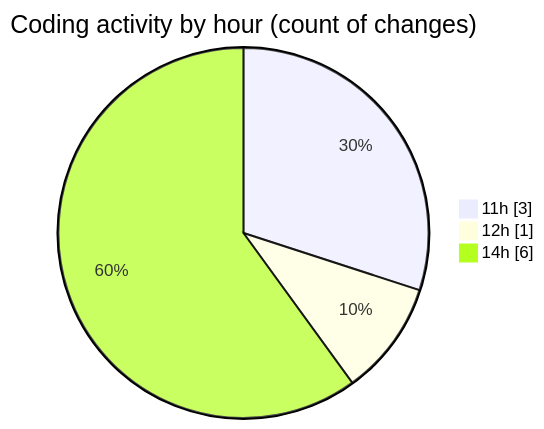
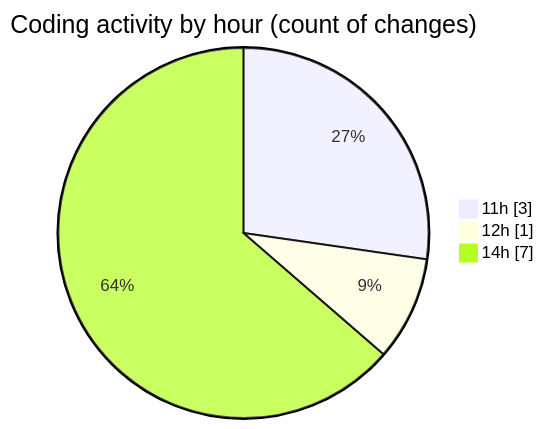
One commit to ricardozamudiocil/code-tracking changed the second of 2 diagrams in 2026-04-24/cilapp/README.md. Above: the diagram before and after it, drawn with Mermaid. The commit also changed other lines of this file and 1 other file, not shown here.

````diff
--- a/2026-04-24/cilapp/README.md
+++ b/2026-04-24/cilapp/README.md
@@ -30,7 +31,7 @@
 ```mermaid
 pie showData
 title Coding activity by hour (count of changes)
 "11h" : 3
 "12h" : 1
-"14h" : 6
+"14h" : 7
 ```
````
